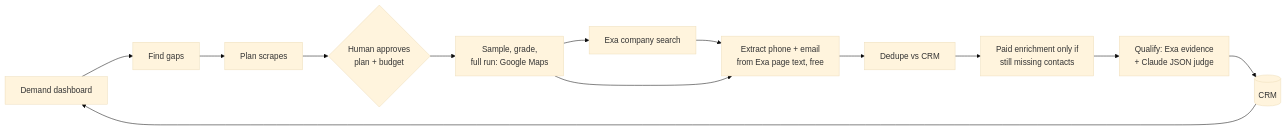
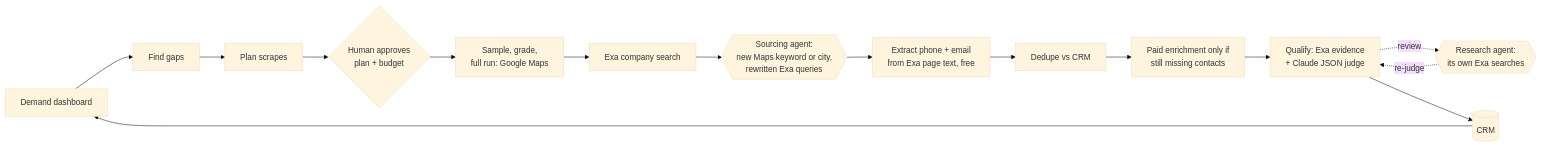
Before and after one commit to austinsolomon/applied_AI_portfolio: the first of 2 diagrams in p1_leadgen_pipeline_hardened_agent/README.md, drawn with Mermaid (base theme). The commit also changed other lines of this file and 8 other files, not shown here.

````diff
--- a/p1_leadgen_pipeline_hardened_agent/README.md
+++ b/p1_leadgen_pipeline_hardened_agent/README.md
@@ -27,15 +30,17 @@
 ```mermaid
 flowchart LR
     D[Demand dashboard] --> G[Find gaps]
     G --> P[Plan scrapes]
     P --> A{Human approves<br/>plan + budget}
     A --> S[Sample, grade,<br/>full run: Google Maps]
     S --> X[Exa company search]
-    X --> XC[Extract phone + email<br/>from Exa page text, free]
-    S --> XC
+    X --> AG{{Sourcing agent:<br/>new Maps keyword or city,<br/>rewritten Exa queries}}
+    AG --> XC[Extract phone + email<br/>from Exa page text, free]
     XC --> DD[Dedupe vs CRM]
     DD --> E[Paid enrichment only if<br/>still missing contacts]
     E --> Q[Qualify: Exa evidence<br/>+ Claude JSON judge]
+    Q -. review .-> R{{Research agent:<br/>its own Exa searches}}
+    R -. re-judge .-> Q
     Q --> C[(CRM)]
     C --> D
 ```
````
